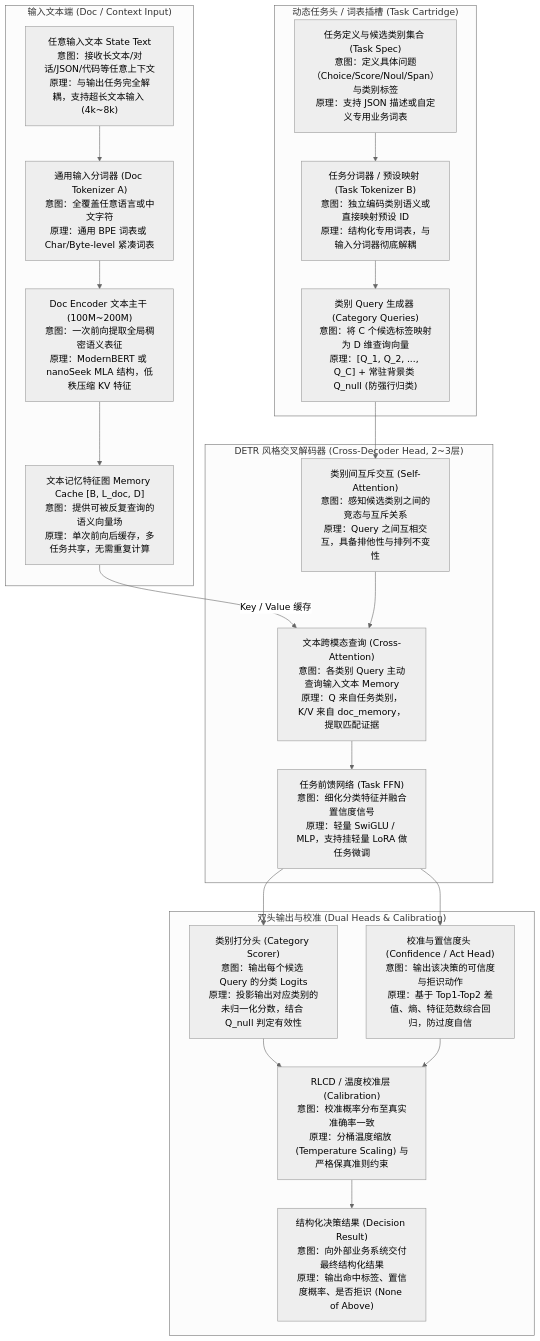
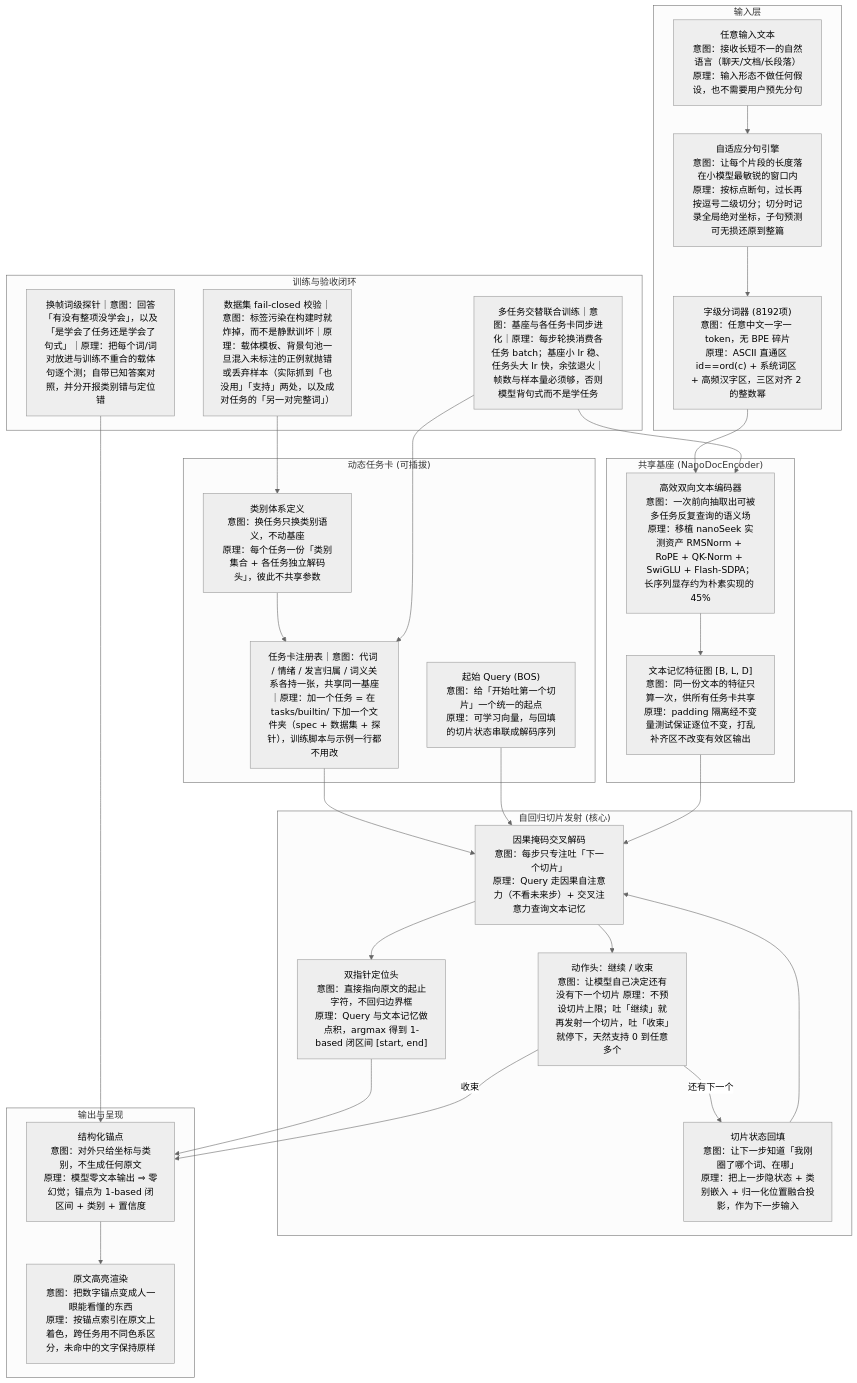
Before and after one commit to vesita/DTSeek: the diagram in .arch-canvas/architecture.mmd, drawn with Mermaid (neutral theme). The commit also changed 80 other files, not shown here.

```diff
--- a/.arch-canvas/architecture.mmd
+++ b/.arch-canvas/architecture.mmd
@@ -1,72 +1,88 @@
 %% arch-canvas —— 由「架构画布」面板与 AI 共同维护（`%%!` 开头的是格式说明，不是图的内容）
 %%! @summary <一句话> 这张图讲的是什么 —— 会随每一步注入给 AI
 %%! @pos <节点id> <x> <y> 是画布坐标注释，@link <节点id> <图名> 是下钻到另一张图
 %%! @file <节点id> <路径> 是这个节点对应的源码文件（可带 #符号），一个节点可多条
 %%! 以上对 Mermaid 渲染都无任何影响，可忽略或手改
-%% @summary "DTSeek 决策模型架构：基于 DETR/YOLO 思想的开词表双端解耦决策引擎"
-%% @pos raw_text -178 72
-%% @pos doc_tok -178 167
-%% @pos doc_encoder -178 261
-%% @pos doc_memory -178 361
-%% @pos task_spec 178 72
-%% @pos task_tok 178 167
-%% @pos query_proj 178 261
-%% @pos self_attn 178 470
-%% @pos cross_attn 0 583
-%% @pos task_ffn 0 680
-%% @pos cat_scorer -178 861
-%% @pos conf_head 178 861
-%% @pos calib_layer 0 998
-%% @pos final_output 0 1119
-%% @file doc_encoder "src/dtseek/model.py#DTSeekModel"
-%% @file doc_memory "src/dtseek/pipeline.py#DTSeekEngine"
-%% @file task_spec "src/dtseek/pipeline.py#TaskCartridge"
-%% @file task_tok "src/dtseek/pipeline.py#TaskCartridge"
-%% @file query_proj "src/dtseek/model.py#CategoryQueryProjector"
-%% @file self_attn "src/dtseek/model.py#DETRDecoderLayer"
-%% @file cross_attn "src/dtseek/model.py#DETRDecoderLayer"
-%% @file task_ffn "src/dtseek/model.py#DETRDecoderLayer"
-%% @file cat_scorer "src/dtseek/model.py#DTSeekModel"
-%% @file conf_head "src/dtseek/model.py#DTSeekModel"
-%% @file final_output "src/dtseek/pipeline.py#DTSeekEngine"
+%% @summary "DTSeek 语句切片决策引擎：分词→高效基座→任务卡→自回归切片发射→原文高亮（含训练与验收闭环）"
+%% @pos raw_text -625 322
+%% @pos segmenter -625 428
+%% @pos doc_tok -625 564
+%% @pos doc_encoder -625 692
+%% @pos doc_memory -625 805
+%% @pos task_spec -90 699
+%% @pos task_cards -331 699
+%% @pos query_proj -625 1092
+%% @pos decoder -331 1000
+%% @pos start_end_ptr 0 1092
+%% @pos action_head 0 1000
+%% @pos feedback_proj 0 855
+%% @pos final_output 263 1000
+%% @pos renderer 263 1092
+%% @pos multitask_train -331 564
+%% @pos word_probe 263 805
+%% @pos fail_closed 215 692
+%% @file segmenter "src/dtseek/encoder/segmenter.py#split_with_global_offsets"
+%% @file doc_encoder "src/dtseek/encoder/nano_doc_encoder.py#NanoDocEncoder"
+%% @file doc_memory "src/dtseek/encoder/nano_doc_encoder.py#NanoDocEncoder"
+%% @file task_spec "src/dtseek/tasks/plugin.py#TaskSpec"
+%% @file task_cards "src/dtseek/tasks/builtin"
+%% @file query_proj "src/dtseek/decoder/robust_ar_model.py#RobustARSliceDecoder"
+%% @file decoder "src/dtseek/decoder/robust_ar_model.py#RobustARSliceDecoder"
+%% @file start_end_ptr "src/dtseek/decoder/robust_ar_model.py#RobustARSliceDecoder"
+%% @file action_head "src/dtseek/decoder/robust_ar_model.py#RobustARSliceDecoder"
+%% @file feedback_proj "src/dtseek/decoder/robust_ar_model.py#RobustARSliceDecoder"
+%% @file final_output "examples/example_multitask.py"
+%% @file renderer "src/dtseek/tasks/runtime.py#render_highlight"
+%% @file multitask_train "training/train_multitask.py#train_multitask"
+%% @file word_probe "scripts/eval_probe.py"
+%% @file word_probe "src/dtseek/tasks/probe.py#run_probe"
+%% @file fail_closed "src/dtseek/tasks/builtin/sentiment/dataset.py#_validate_neutral_purity"
 flowchart TD
-  subgraph input_doc["输入文本端 (Doc / Context Input)"]
-    raw_text["任意输入文本 State Text<br/>意图：接收长文本/对话/JSON/代码等任意上下文<br/>原理：与输出任务完全解耦，支持超长文本输入 (4k~8k)"]
-    doc_tok["通用输入分词器 (Doc Tokenizer A)<br/>意图：全覆盖任意语言或中文字符<br/>原理：通用 BPE 词表或 Char/Byte-level 紧凑词表"]
-    doc_encoder["Doc Encoder 文本主干 (100M~200M)<br/>意图：一次前向提取全局稠密语义表征<br/>原理：ModernBERT 或 nanoSeek MLA 结构，低秩压缩 KV 特征"]
-    doc_memory["文本记忆特征图 Memory Cache [B, L_doc, D]<br/>意图：提供可被反复查询的语义向量场<br/>原理：单次前向后缓存，多任务共享，无需重复计算"]
+  subgraph input["输入层"]
+    raw_text["任意输入文本<br/>意图：接收长短不一的自然语言（聊天/文档/长段落）<br/>原理：输入形态不做任何假设，也不需要用户预先分句"]
+    segmenter["自适应分句引擎<br/>意图：让每个片段的长度落在小模型最敏锐的窗口内<br/>原理：按标点断句，过长再按逗号二级切分；切分时记录全局绝对坐标，子句预测可无损还原到整篇"]
+    doc_tok["字级分词器 (8192项)<br/>意图：任意中文一字一 token，无 BPE 碎片<br/>原理：ASCII 直通区 id==ord(c) + 系统词区 + 高频汉字区，三区对齐 2 的整数幂"]
   end
-  subgraph dynamic_task["动态任务头 / 词表插槽 (Task Cartridge)"]
-    task_spec["任务定义与候选类别集合 (Task Spec)<br/>意图：定义具体问题（Choice/Score/Noul/Span）与类别标签<br/>原理：支持 JSON 描述或自定义专用业务词表"]
-    task_tok["任务分词器 / 预设映射 (Task Tokenizer B)<br/>意图：独立编码类别语义或直接映射预设 ID<br/>原理：结构化专用词表，与输入分词器彻底解耦"]
-    query_proj["类别 Query 生成器 (Category Queries)<br/>意图：将 C 个候选标签映射为 D 维查询向量<br/>原理：[Q_1, Q_2, ..., Q_C] + 常驻背景类 Q_null (防强行归类)"]
+  subgraph base["共享基座 (NanoDocEncoder)"]
+    doc_encoder["高效双向文本编码器<br/>意图：一次前向抽取出可被多任务反复查询的语义场<br/>原理：移植 nanoSeek 实测资产 RMSNorm + RoPE + QK-Norm + SwiGLU + Flash-SDPA；长序列显存约为朴素实现的 45%"]
+    doc_memory["文本记忆特征图 [B, L, D]<br/>意图：同一份文本的特征只算一次，供所有任务卡共享<br/>原理：padding 隔离经不变量测试保证逐位不变，打乱补齐区不改变有效区输出"]
   end
-  subgraph cross_decoder["DETR 风格交叉解码器 (Cross-Decoder Head, 2~3层)"]
-    self_attn["类别间互斥交互 (Self-Attention)<br/>意图：感知候选类别之间的竞态与互斥关系<br/>原理：Query 之间互相交互，具备排他性与排列不变性"]
-    cross_attn["文本跨模态查询 (Cross-Attention)<br/>意图：各类别 Query 主动查询输入文本 Memory<br/>原理：Q 来自任务类别，K/V 来自 doc_memory，提取匹配证据"]
-    task_ffn["任务前馈网络 (Task FFN)<br/>意图：细化分类特征并融合置信度信号<br/>原理：轻量 SwiGLU / MLP，支持挂轻量 LoRA 做任务微调"]
+  subgraph task["动态任务卡 (可插拔)"]
+    task_spec["类别体系定义<br/>意图：换任务只换类别语义，不动基座<br/>原理：每个任务一份「类别集合 + 各任务独立解码头」，彼此不共享参数"]
+    task_cards["任务卡注册表｜意图：代词 / 情绪 / 发言归属 / 词义关系各持一张，共享同一基座｜原理：加一个任务 = 在 tasks/builtin/ 下加一个文件夹（spec + 数据集 + 探针），训练脚本与示例一行都不用改"]
+    query_proj["起始 Query (BOS)<br/>意图：给「开始吐第一个切片」一个统一的起点<br/>原理：可学习向量，与回填的切片状态串联成解码序列"]
   end
-  subgraph heads_output["双头输出与校准 (Dual Heads &amp; Calibration)"]
-    cat_scorer["类别打分头 (Category Scorer)<br/>意图：输出每个候选 Query 的分类 Logits<br/>原理：投影输出对应类别的未归一化分数，结合 Q_null 判定有效性"]
-    conf_head["校准与置信度头 (Confidence / Act Head)<br/>意图：输出该决策的可信度与拒识动作<br/>原理：基于 Top1-Top2 差值、熵、特征范数综合回归，防过度自信"]
-    calib_layer["RLCD / 温度校准层 (Calibration)<br/>意图：校准概率分布至真实准确率一致<br/>原理：分桶温度缩放 (Temperature Scaling) 与严格保真准则约束"]
-    final_output["结构化决策结果 (Decision Result)<br/>意图：向外部业务系统交付最终结构化结果<br/>原理：输出命中标签、置信度概率、是否拒识 (None of Above)"]
+  subgraph emit["自回归切片发射 (核心)"]
+    decoder["因果掩码交叉解码<br/>意图：每步只专注吐「下一个切片」<br/>原理：Query 走因果自注意力（不看未来步）+ 交叉注意力查询文本记忆"]
+    start_end_ptr["双指针定位头<br/>意图：直接指向原文的起止字符，不回归边界框<br/>原理：Query 与文本记忆做点积，argmax 得到 1-based 闭区间 [start, end]"]
+    action_head["动作头：继续 / 收束<br/>意图：让模型自己决定还有没有下一个切片 原理：不预设切片上限；吐「继续」就再发射一个切片，吐「收束」就停下，天然支持 0 到任意多个"]
+    feedback_proj["切片状态回填<br/>意图：让下一步知道「我刚圈了哪个词、在哪」<br/>原理：把上一步隐状态 + 类别嵌入 + 归一化位置融合投影，作为下一步输入"]
   end
-  raw_text --> doc_tok
+  subgraph output["输出与呈现"]
+    final_output["结构化锚点<br/>意图：对外只给坐标与类别，不生成任何原文<br/>原理：模型零文本输出 ⇒ 零幻觉；锚点为 1-based 闭区间 + 类别 + 置信度"]
+    renderer["原文高亮渲染<br/>意图：把数字锚点变成人一眼能看懂的东西<br/>原理：按锚点索引在原文上着色，跨任务用不同色系区分，未命中的文字保持原样"]
+  end
+  subgraph traineval["训练与验收闭环"]
+    multitask_train["多任务交替联合训练｜意图：基座与各任务卡同步进化｜原理：每步轮换消费各任务 batch；基座小 lr 稳、任务头大 lr 快，余弦退火｜帧数与样本量必须够，否则模型背句式而不是学任务"]
+    word_probe["换帧词级探针｜意图：回答「有没有整项没学会」，以及「是学会了任务还是学会了句式」｜原理：把每个词/词对放进与训练不重合的载体句逐个测；自带已知答案对照，并分开报类别错与定位错"]
+    fail_closed["数据集 fail-closed 校验｜意图：标签污染在构建时就炸掉，而不是静默训坏｜原理：载体模板、背景句池一旦混入未标注的正例就抛错或丢弃样本（实际抓到「也没用」「支持」两处，以及成对任务的「另一对完整词」）"]
+  end
+  raw_text --> segmenter
+  segmenter --> doc_tok
   doc_tok --> doc_encoder
   doc_encoder --> doc_memory
-  task_spec --> task_tok
-  task_tok --> query_proj
-  query_proj --> self_attn
-  doc_memory -->|"Key / Value 缓存"| cross_attn
-  self_attn --> cross_attn
-  cross_attn --> task_ffn
-  task_ffn --> cat_scorer
-  task_ffn --> conf_head
-  cat_scorer --> calib_layer
-  conf_head --> calib_layer
-  calib_layer --> final_output
-  direction TB
-  direction TB
-  direction TB
-  direction TB
+  task_spec --> task_cards
+  task_cards --> decoder
+  query_proj --> decoder
+  doc_memory --> decoder
+  decoder --> start_end_ptr
+  decoder --> action_head
+  start_end_ptr --> final_output
+  action_head -->|"还有下一个"| feedback_proj
+  feedback_proj --> decoder
+  action_head -->|"收束"| final_output
+  final_output --> renderer
+  multitask_train --> doc_encoder
+  multitask_train --> task_cards
+  word_probe --> final_output
+  fail_closed --> task_spec
```
